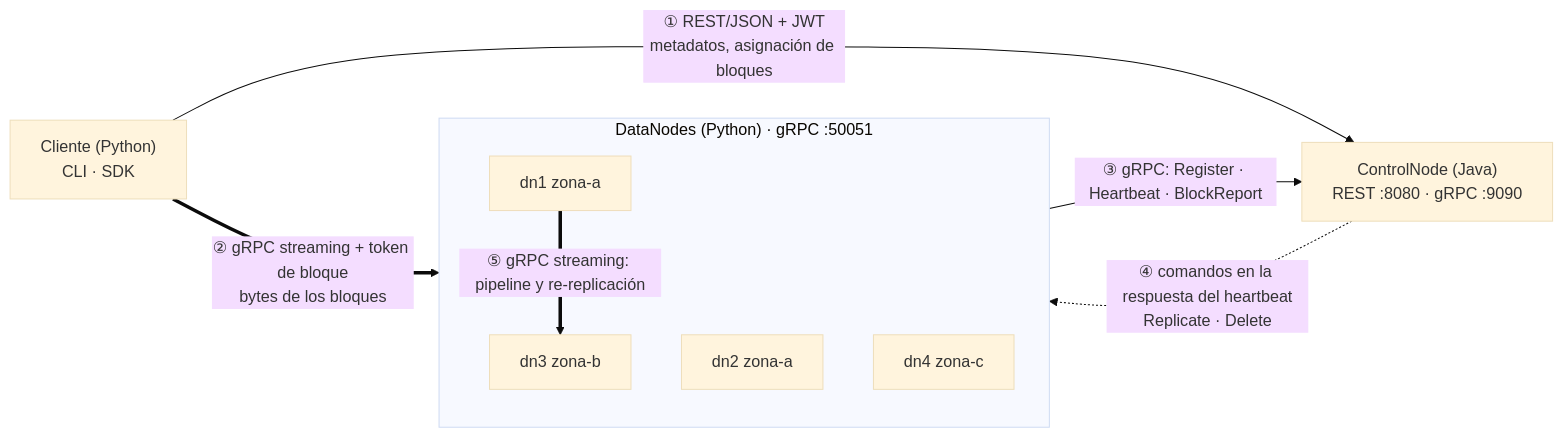
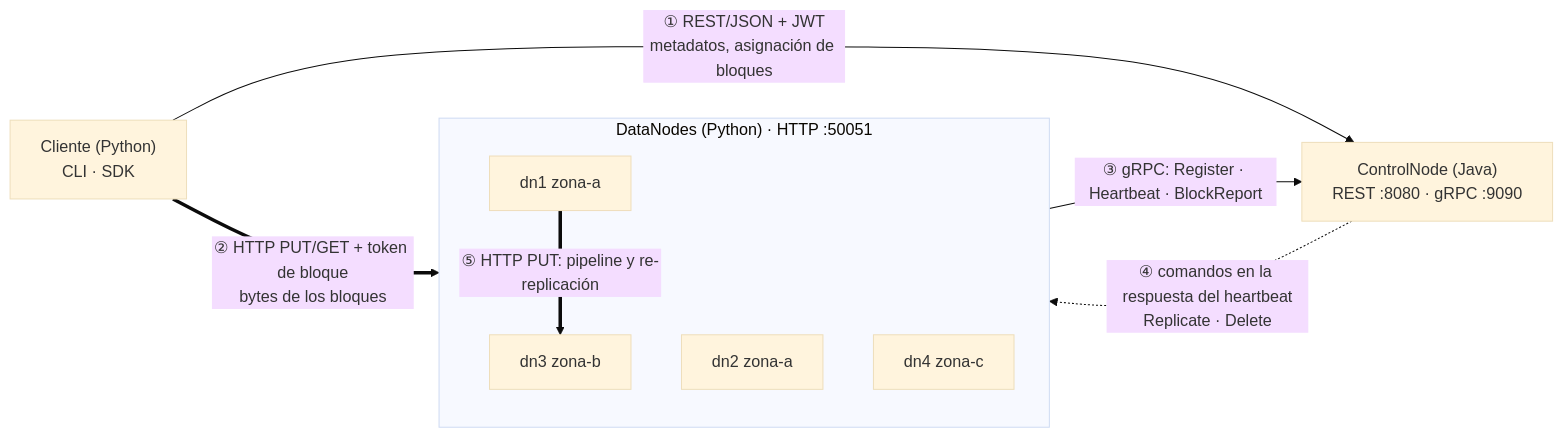
One commit to MiguelMontoya221004/DFSha changed the first of 5 diagrams in docs/comunicaciones.md. Above: the diagram before and after it, drawn with Mermaid (base theme). The commit also changed other lines of this file and 30 other files, not shown here.

First line of the commit message:
DataNode HTTP: plano de datos por REST para el cliente nuevo

````diff
--- a/docs/comunicaciones.md
+++ b/docs/comunicaciones.md
@@ -33,16 +40,16 @@
 ```mermaid
 flowchart LR
     C["Cliente (Python)<br/>CLI · SDK"]
     CN["ControlNode (Java)<br/>REST :8080 · gRPC :9090"]
-    subgraph DN["DataNodes (Python) · gRPC :50051"]
+    subgraph DN["DataNodes (Python) · HTTP :50051"]
         D1[dn1 zona-a]
         D2[dn2 zona-a]
         D3[dn3 zona-b]
         D4[dn4 zona-c]
     end
     C -->|"① REST/JSON + JWT<br/>metadatos, asignación de bloques"| CN
-    C ==>|"② gRPC streaming + token de bloque<br/>bytes de los bloques"| DN
+    C ==>|"② HTTP PUT/GET + token de bloque<br/>bytes de los bloques"| DN
     DN -->|"③ gRPC: Register · Heartbeat · BlockReport"| CN
     CN -.->|"④ comandos en la respuesta del heartbeat<br/>Replicate · Delete"| DN
-    D1 ==>|"⑤ gRPC streaming: pipeline y re-replicación"| D3
+    D1 ==>|"⑤ HTTP PUT: pipeline y re-replicación"| D3
 ```
````
